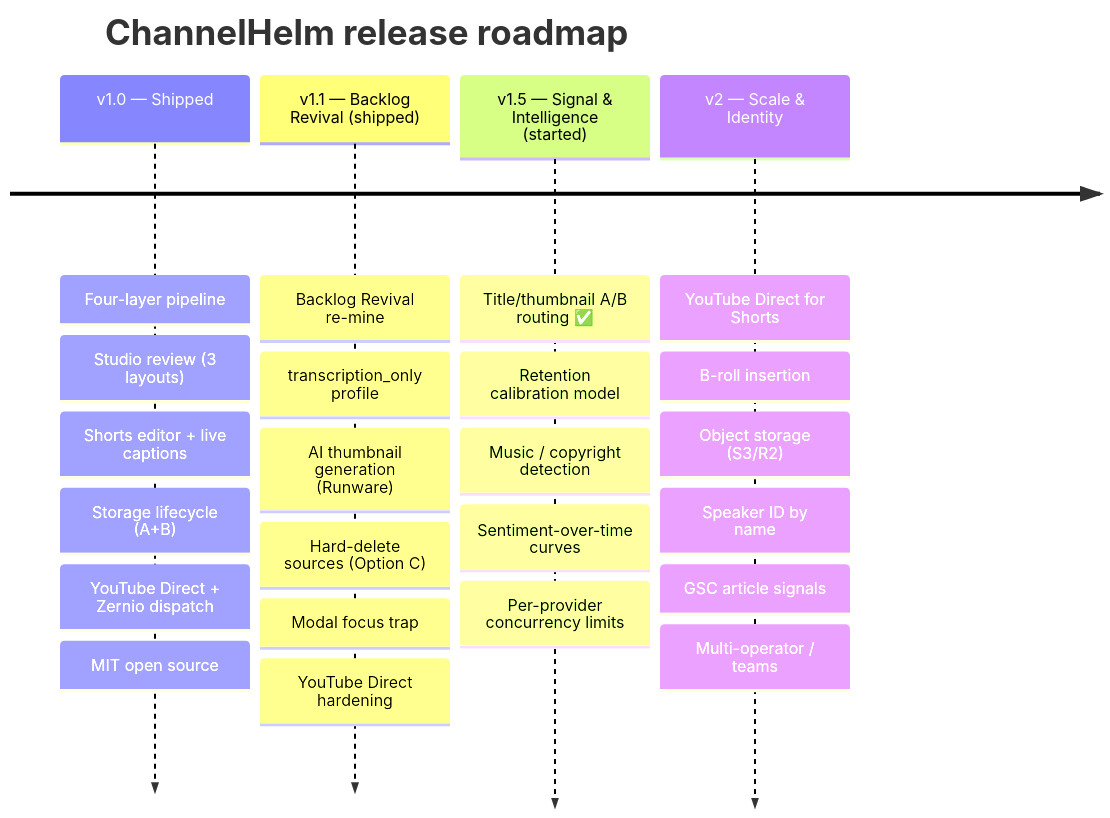
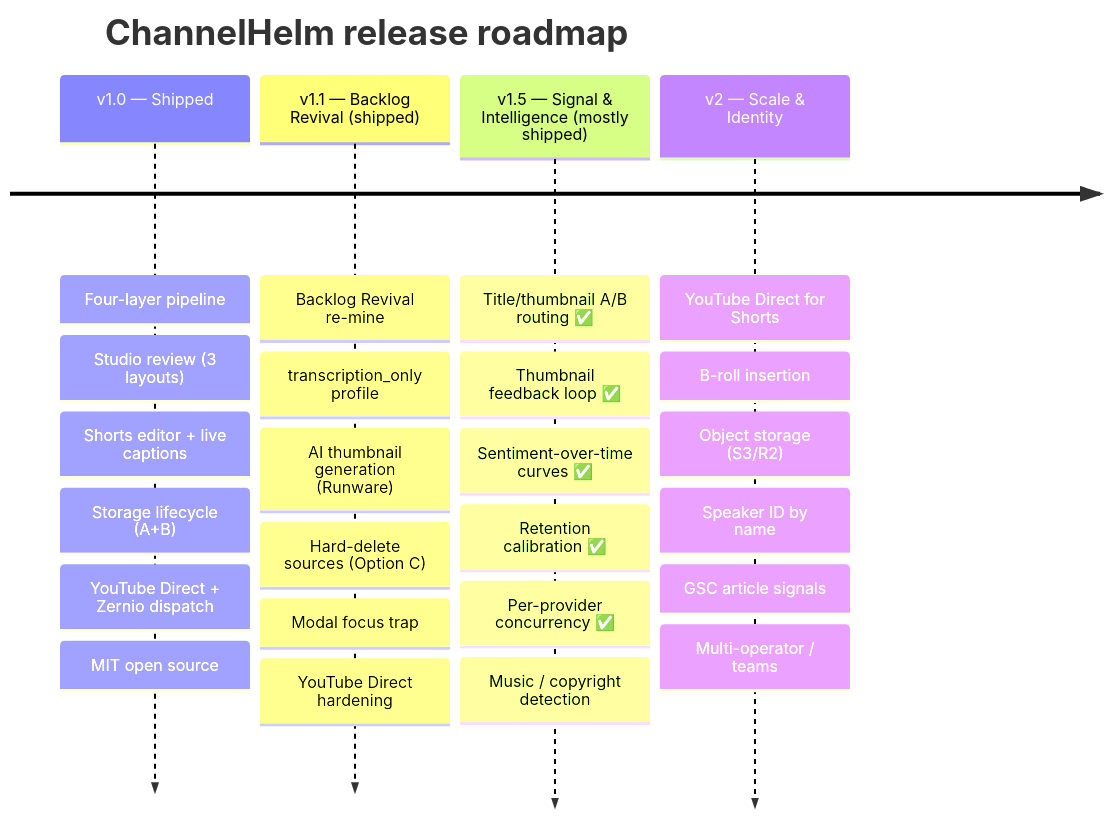
Before and after one commit to MeyerThorsten/ChannelHelm: the diagram in ROADMAP.md, drawn with Mermaid. The commit also changed other lines of this file and 4 other files, not shown here.

First line of the commit message:
docs: v1.5 feature set shipped (concurrency, thumbnail feedback, sentiment, retention calibration)

````diff
--- a/ROADMAP.md
+++ b/ROADMAP.md
@@ -5,8 +5,8 @@
 ```mermaid
 timeline
     title ChannelHelm release roadmap
     v1.0 — Shipped : Four-layer pipeline : Studio review (3 layouts) : Shorts editor + live captions : Storage lifecycle (A+B) : YouTube Direct + Zernio dispatch : MIT open source
     v1.1 — Backlog Revival (shipped) : Backlog Revival re-mine : transcription_only profile : AI thumbnail generation (Runware) : Hard-delete sources (Option C) : Modal focus trap : YouTube Direct hardening
-    v1.5 — Signal & Intelligence (started) : Title/thumbnail A/B routing ✅ : Retention calibration model : Music / copyright detection : Sentiment-over-time curves : Per-provider concurrency limits
+    v1.5 — Signal & Intelligence (mostly shipped) : Title/thumbnail A/B routing ✅ : Thumbnail feedback loop ✅ : Sentiment-over-time curves ✅ : Retention calibration ✅ : Per-provider concurrency ✅ : Music / copyright detection
     v2 — Scale & Identity : YouTube Direct for Shorts : B-roll insertion : Object storage (S3/R2) : Speaker ID by name : GSC article signals : Multi-operator / teams
 ```
````
